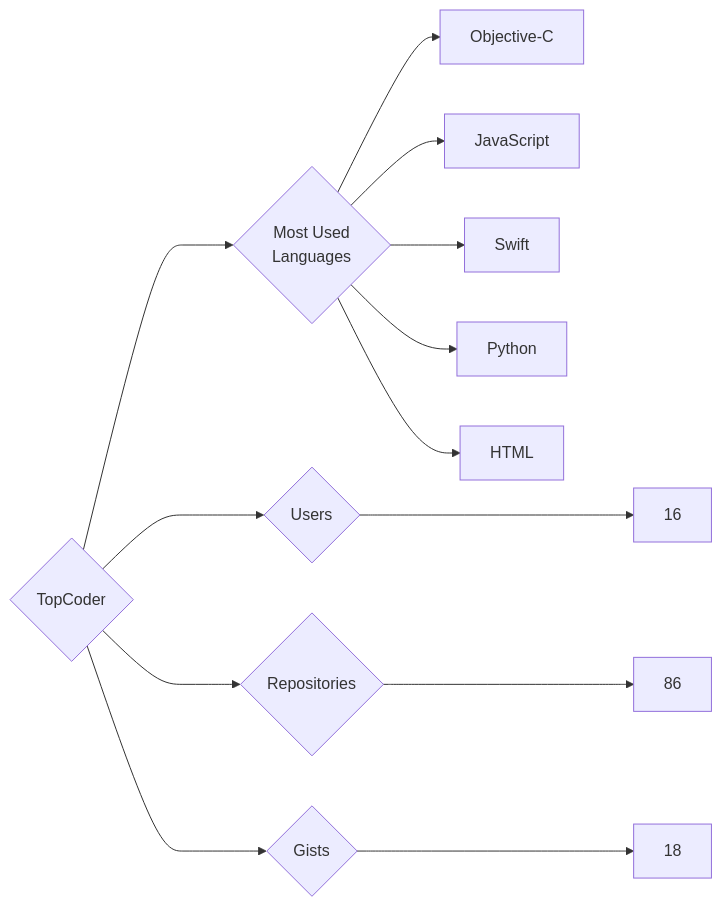
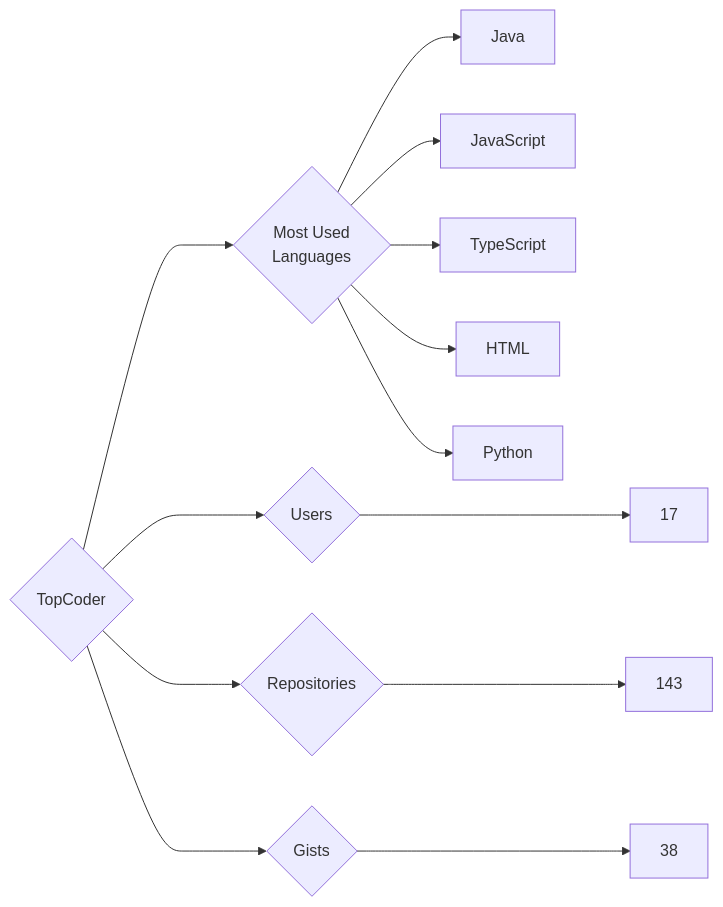
The diagram in targets/TopCoder/README.md (trickest/insiders), drawn with Mermaid before and after one commit. The commit also changed 903 other files, not shown here.

````diff
--- a/targets/TopCoder/README.md
+++ b/targets/TopCoder/README.md
@@ -3,13 +3,13 @@
 ```mermaid
 graph LR
 COMPANY_NAME{TopCoder}
-COMPANY_NAME ---> U{Users} ---> UN[16]
-COMPANY_NAME ---> R{Repositories} ---> RN[86]
-COMPANY_NAME ---> G{Gists} ---> GN[18]
+COMPANY_NAME ---> U{Users} ---> UN[17]
+COMPANY_NAME ---> R{Repositories} ---> RN[143]
+COMPANY_NAME ---> G{Gists} ---> GN[38]
 COMPANY_NAME ---> ML{Most Used<br>Languages}
-ML --> Objective-C[Objective-C]
+ML --> Java[Java]
 ML --> JavaScript[JavaScript]
-ML --> Swift[Swift]
+ML --> TypeScript[TypeScript]
+ML --> HTML[HTML]
 ML --> Python[Python]
-ML --> HTML[HTML]
 ```
````
